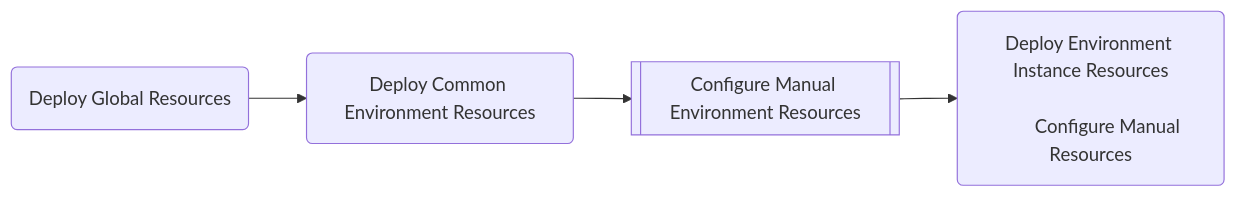
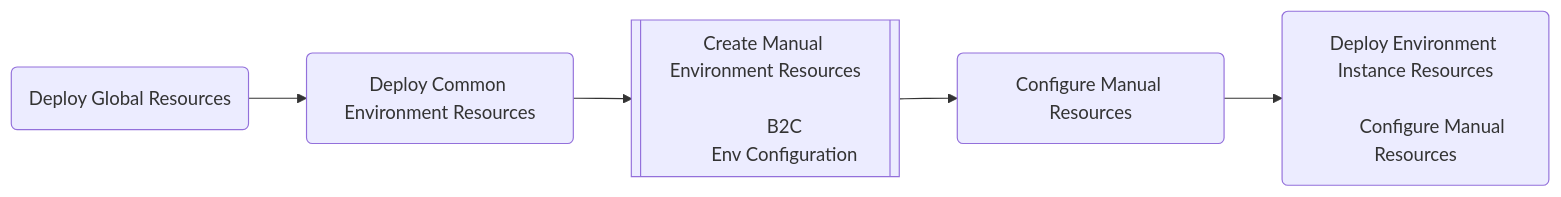
Before and after one commit to Miruken-Go/demo.microservice: the first of 2 diagrams in deployment/design/environmentFlow.md, drawn with Mermaid. The commit also changed 24 other files, not shown here.

````diff
--- a/deployment/design/environmentFlow.md
+++ b/deployment/design/environmentFlow.md
@@ -3,17 +3,26 @@
 ```mermaid
 
 flowchart LR
     A(Deploy Global Resources)
     
     B(Deploy Common Environment Resources)
 
-    C[[Configure Manual Environment Resources]]
+    C[[
+        Create Manual Environment Resources
+
+        B2C
+        Env Configuration 
+    ]]
 
     D(
+        Configure Manual Resources
+    )
+
+    E(
         Deploy Environment Instance Resources
     
         Configure Manual Resources
     )
 
-    A --> B --> C --> D
+    A --> B --> C --> D --> E
 ```
````
